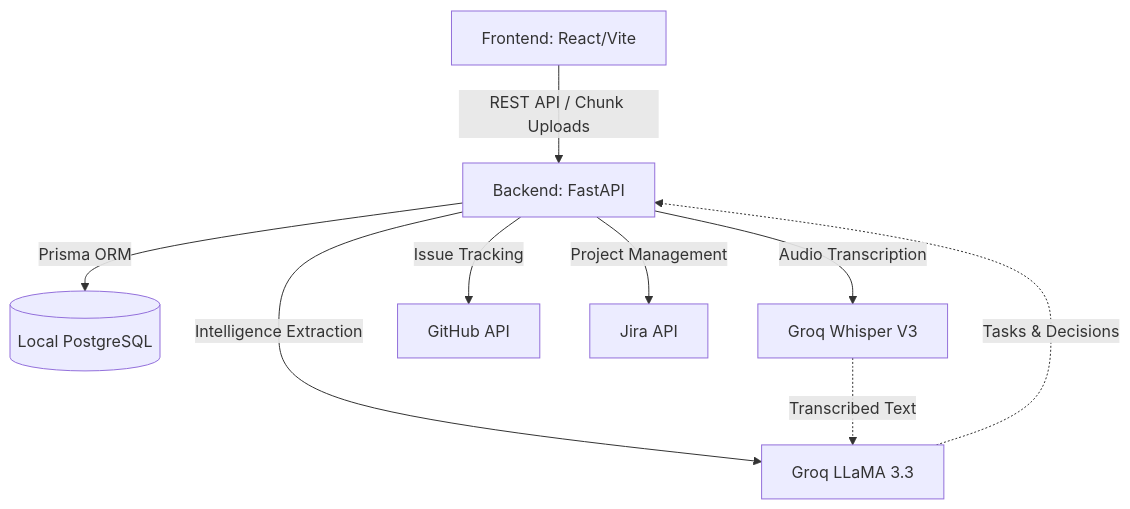
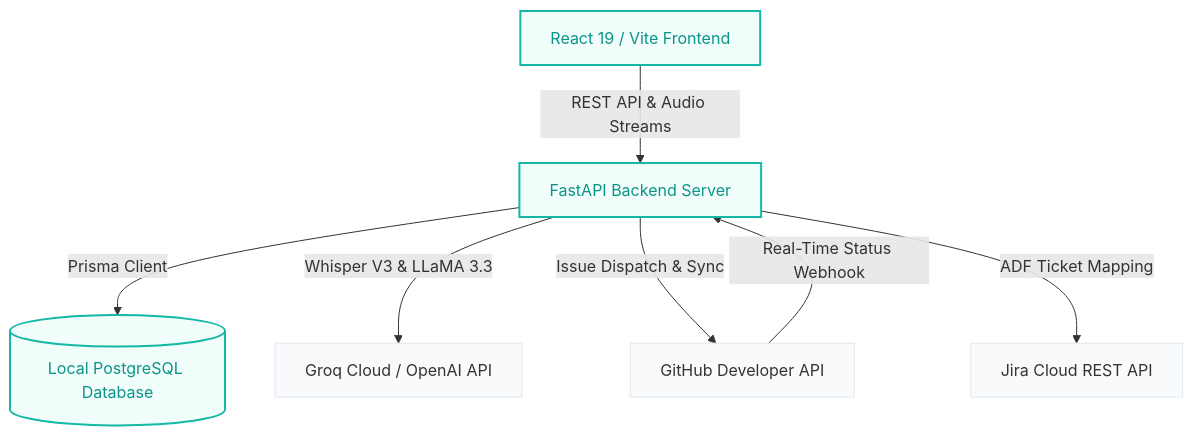
One commit to nandiprasadkm18/verbexai changed the diagram in README.md. Above: the diagram before and after it, drawn with Mermaid. The commit also changed other lines of this file, not shown here.

````diff
--- a/README.md
+++ b/README.md
@@ -11,11 +25,23 @@
 ```mermaid
 graph TD
-    A[Frontend: React/Vite] -->|REST API / Chunk Uploads| B[Backend: FastAPI]
-    B -->|Prisma ORM| C[(Local PostgreSQL)]
-    B -->|Audio Transcription| D[Groq Whisper V3]
-    B -->|Intelligence Extraction| E[Groq LLaMA 3.3]
-    B -->|Issue Tracking| F[GitHub API]
-    B -->|Project Management| G[Jira API]
-    D -.->|Transcribed Text| E
-    E -.->|Tasks & Decisions| B
+    %% Core Nodes
+    FE[React 19 / Vite Frontend]
+    BE[FastAPI Backend Server]
+    DB[(Local PostgreSQL Database)]
+    AI[Groq Cloud / OpenAI API]
+    GH[GitHub Developer API]
+    JI[Jira Cloud REST API]
+
+    %% Communications
+    FE -->|REST API & Audio Streams| BE
+    BE -->|Prisma Client| DB
+    BE -->|Whisper V3 & LLaMA 3.3| AI
+    BE -->|Issue Dispatch & Sync| GH
+    BE -->|ADF Ticket Mapping| JI
+    GH -->|Real-Time Status Webhook| BE
+
+    %% Styling
+    classDef default fill:#f8fafc,stroke:#e2e8f0,stroke-width:1px;
+    classDef primary fill:#f0fdfa,stroke:#14b8a6,stroke-width:2px,color:#0d9488;
+    class FE,BE,DB primary;
 ```
````
